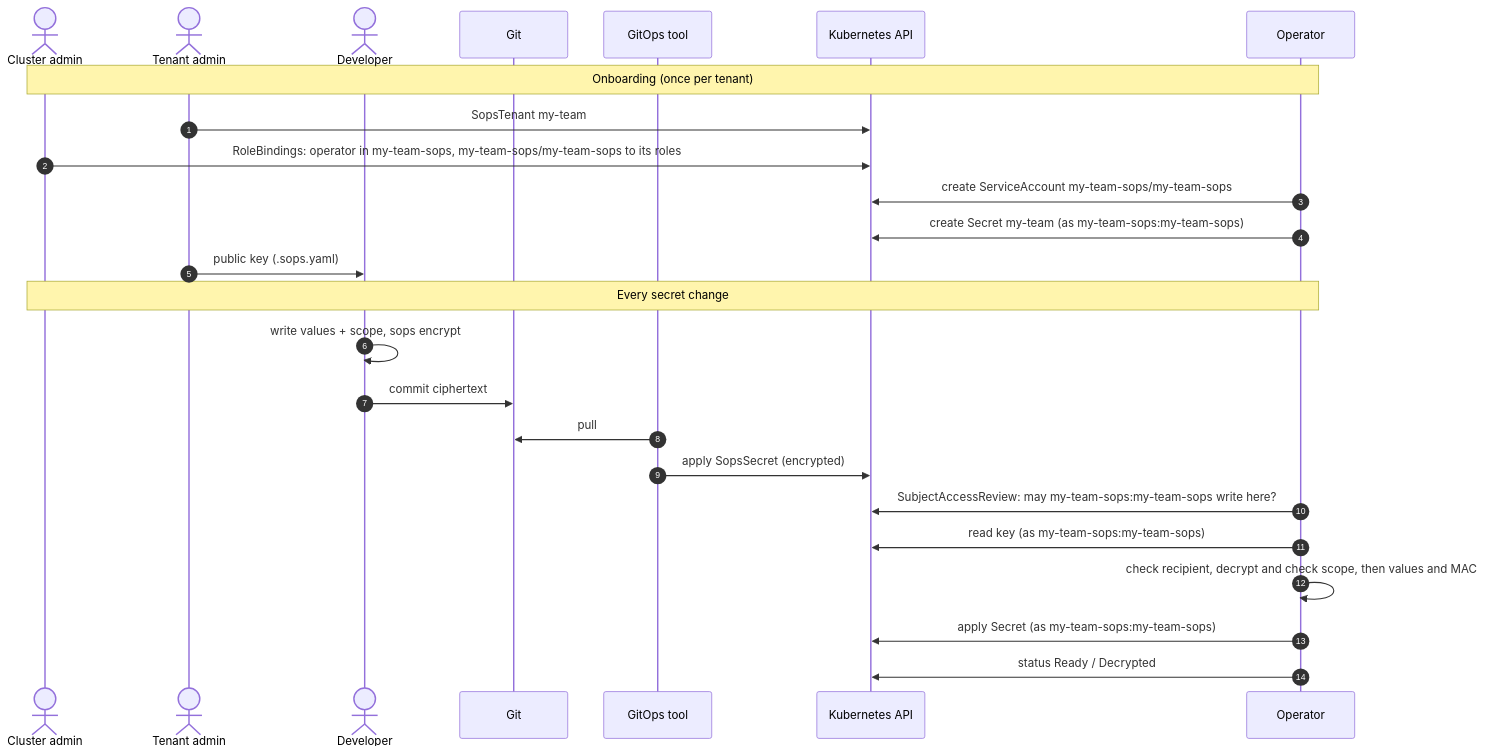
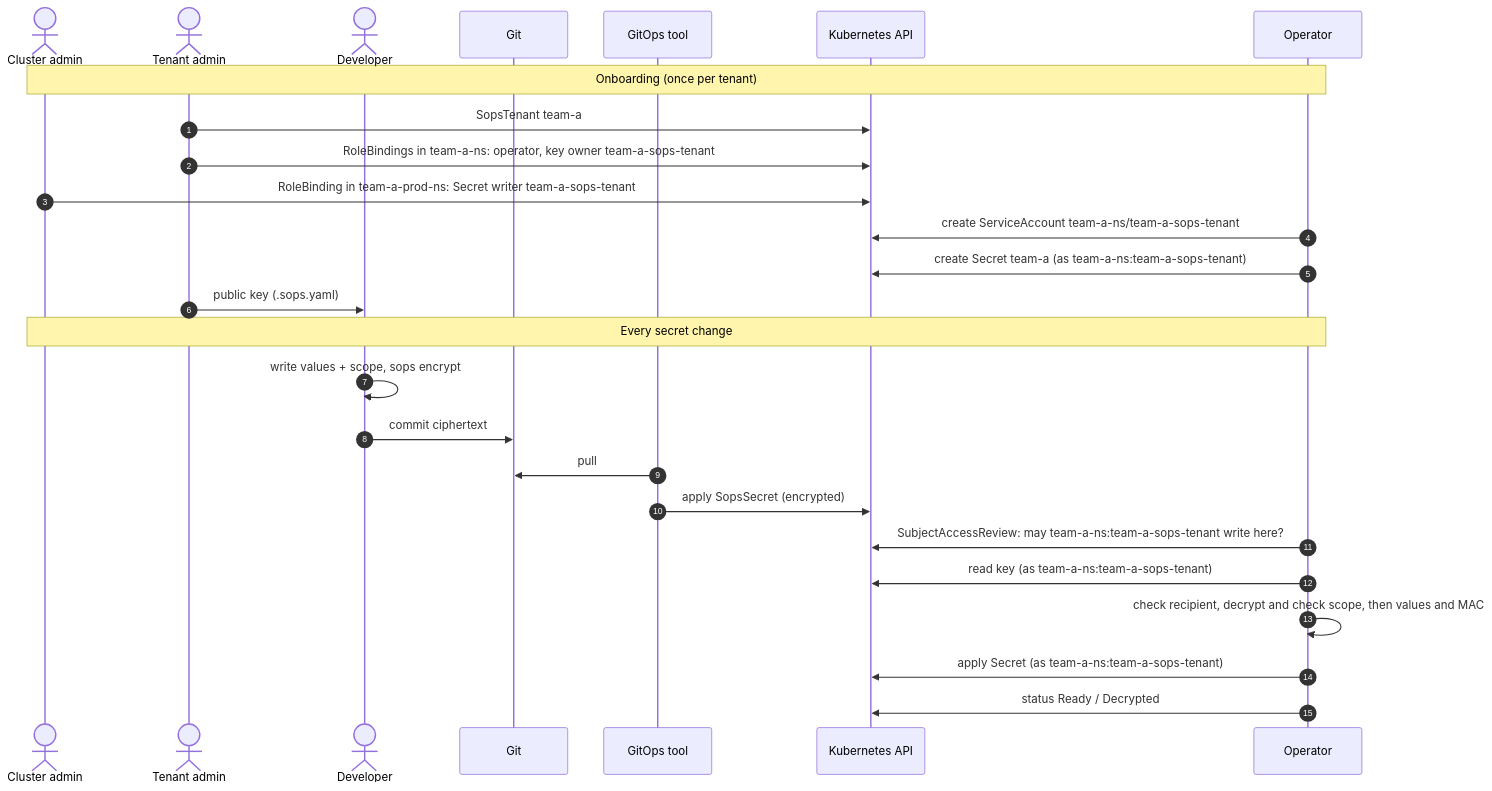
Before and after one commit to stakater/sops-operator: the second of 3 diagrams in DESIGN.md, drawn with Mermaid. The commit also changed other lines of this file and 14 other files, not shown here.

First line of the commit message:
Release v0.0.3: <tenant>-sops-tenant ServiceAccounts, tenant-admin onboarding

````diff
--- a/DESIGN.md
+++ b/DESIGN.md
@@ -184,29 +184,30 @@
 ```mermaid
 sequenceDiagram
     autonumber
     actor CA as Cluster admin
     actor TA as Tenant admin
     actor DEV as Developer
     participant GIT as Git
     participant GO as GitOps tool
     participant API as Kubernetes API
     participant OP as Operator
 
     Note over CA,OP: Onboarding (once per tenant)
-    TA->>API: SopsTenant my-team
-    CA->>API: RoleBindings: operator in my-team-sops, my-team-sops/my-team-sops to its roles
-    OP->>API: create ServiceAccount my-team-sops/my-team-sops
-    OP->>API: create Secret my-team (as my-team-sops:my-team-sops)
+    TA->>API: SopsTenant team-a
+    TA->>API: RoleBindings in team-a-ns: operator, key owner team-a-sops-tenant
+    CA->>API: RoleBinding in team-a-prod-ns: Secret writer team-a-sops-tenant
+    OP->>API: create ServiceAccount team-a-ns/team-a-sops-tenant
+    OP->>API: create Secret team-a (as team-a-ns:team-a-sops-tenant)
     TA->>DEV: public key (.sops.yaml)
 
     Note over CA,OP: Every secret change
     DEV->>DEV: write values + scope, sops encrypt
     DEV->>GIT: commit ciphertext
     GO->>GIT: pull
     GO->>API: apply SopsSecret (encrypted)
-    OP->>API: SubjectAccessReview: may my-team-sops:my-team-sops write here?
-    OP->>API: read key (as my-team-sops:my-team-sops)
+    OP->>API: SubjectAccessReview: may team-a-ns:team-a-sops-tenant write here?
+    OP->>API: read key (as team-a-ns:team-a-sops-tenant)
     OP->>OP: check recipient, decrypt and check scope, then values and MAC
-    OP->>API: apply Secret (as my-team-sops:my-team-sops)
+    OP->>API: apply Secret (as team-a-ns:team-a-sops-tenant)
     OP->>API: status Ready / Decrypted
 ```
````
